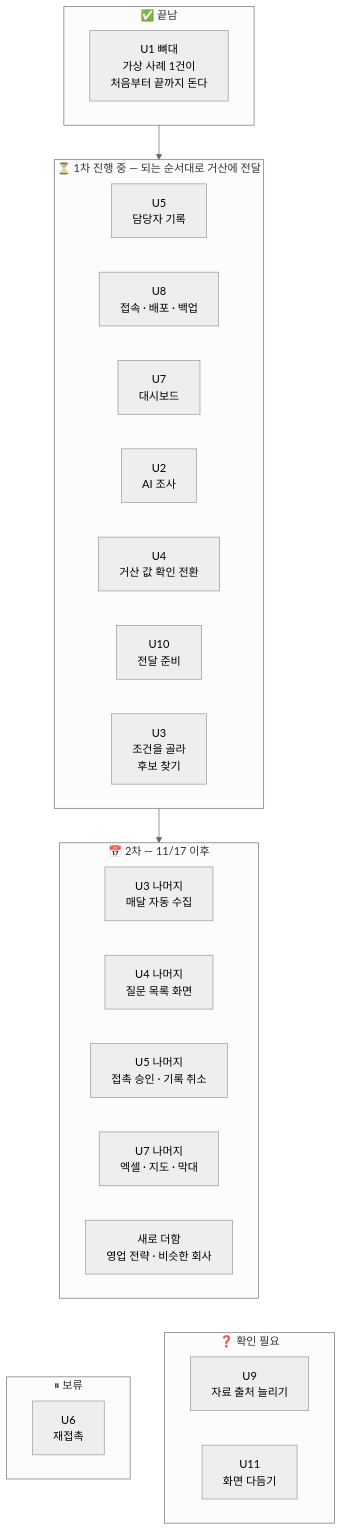
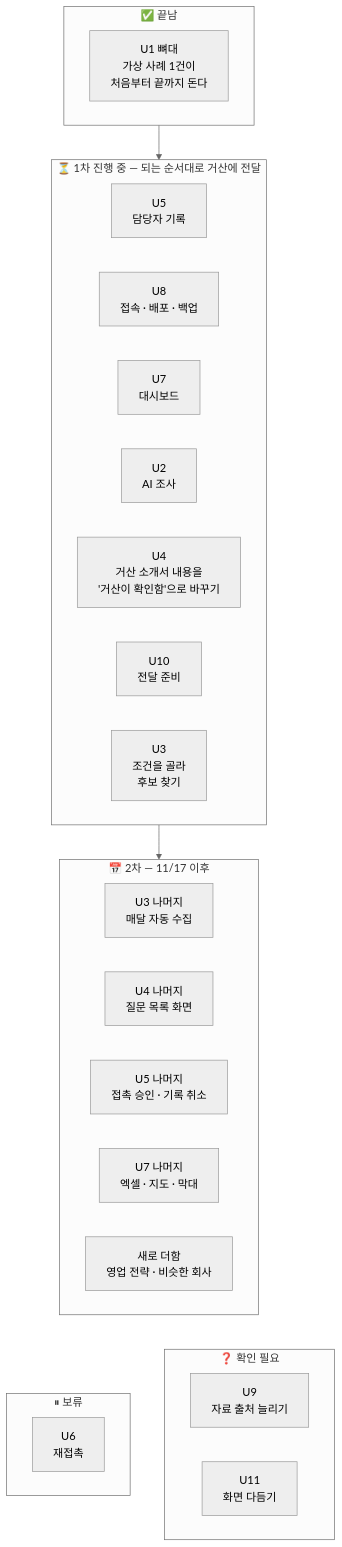
Before and after one commit to agent-ddalgi-team/final-geosan: the second of 2 diagrams in docs/map/README.md, drawn with Mermaid (neutral theme). The commit also changed other lines of this file and 1 other file, not shown here.

Commit message:
지도의 나머지 세 곳도 같은 이름으로 맞춘다: '거산 소개서 내용을 거산이 확인함으로 바꾸기' (#310)
기능 지도 표 한 줄, 지도 입구의 묶음 그림과 담당 표. 같은 일을 두 이름으로 부르지 않게 한다.

````diff
--- a/docs/map/README.md
+++ b/docs/map/README.md
@@ -50,32 +50,32 @@
 ```mermaid
 flowchart TB
     subgraph DONE["✅ 끝남"]
         U1["U1 뼈대<br/>가상 사례 1건이<br/>처음부터 끝까지 돈다"]
     end
     subgraph NOW["⏳ 1차 진행 중 — 되는 순서대로 거산에 전달"]
         U5["U5<br/>담당자 기록"]
         U8["U8<br/>접속 · 배포 · 백업"]
         U7["U7<br/>대시보드"]
         U2["U2<br/>AI 조사"]
-        U4["U4<br/>거산 값 확인 전환"]
+        U4["U4<br/>거산 소개서 내용을<br/>'거산이 확인함'으로 바꾸기"]
         U10["U10<br/>전달 준비"]
         U3["U3<br/>조건을 골라<br/>후보 찾기"]
     end
     subgraph NEXT["📅 2차 — 11/17 이후"]
         X0["U3 나머지<br/>매달 자동 수집"]
         X1["U4 나머지<br/>질문 목록 화면"]
         X2["U5 나머지<br/>접촉 승인 · 기록 취소"]
         X3["U7 나머지<br/>엑셀 · 지도 · 막대"]
         X4["새로 더함<br/>영업 전략 · 비슷한 회사"]
     end
     subgraph HOLD["⏸ 보류"]
         U6["U6<br/>재접촉"]
     end
     subgraph ASK["❓ 확인 필요"]
         U9["U9<br/>자료 출처 늘리기"]
         U11["U11<br/>화면 다듬기"]
     end
     DONE --> NOW --> NEXT
     NEXT ~~~ HOLD
     NEXT ~~~ ASK
 ```
````
